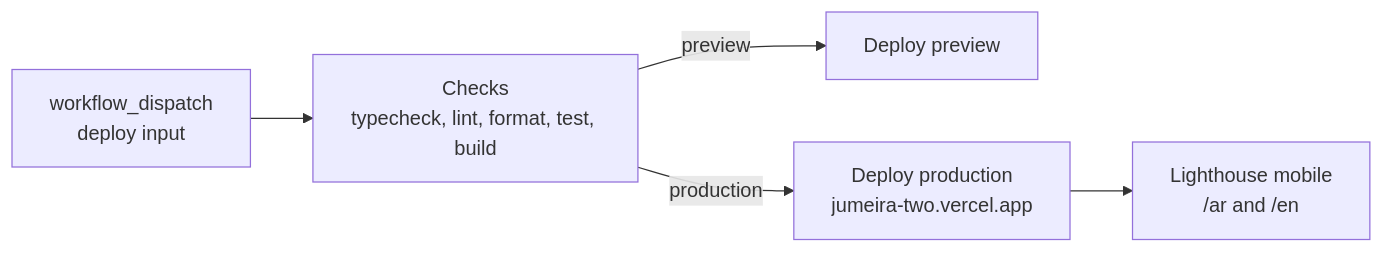
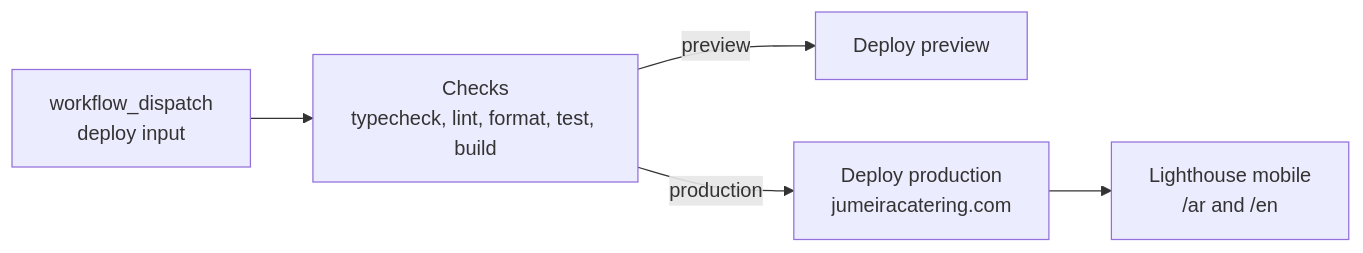
Before and after one commit to Adawy-Group/adawy-technical-docs: the second of 2 diagrams in content/repositories/jumeira.mdx, drawn with Mermaid. The commit also changed other lines of this file and 39 other files, not shown here.

````diff
--- a/content/repositories/jumeira.mdx
+++ b/content/repositories/jumeira.mdx
@@ -545,7 +546,7 @@
 ```mermaid
 flowchart LR
   D[workflow_dispatch<br/>deploy input] --> K
   K[Checks<br/>typecheck, lint, format, test, build] -->|preview| PV[Deploy preview]
-  K -->|production| PD[Deploy production<br/>jumeira-two.vercel.app]
+  K -->|production| PD[Deploy production<br/>jumeiracatering.com]
   PD --> L[Lighthouse mobile<br/>/ar and /en]
 ```
````
